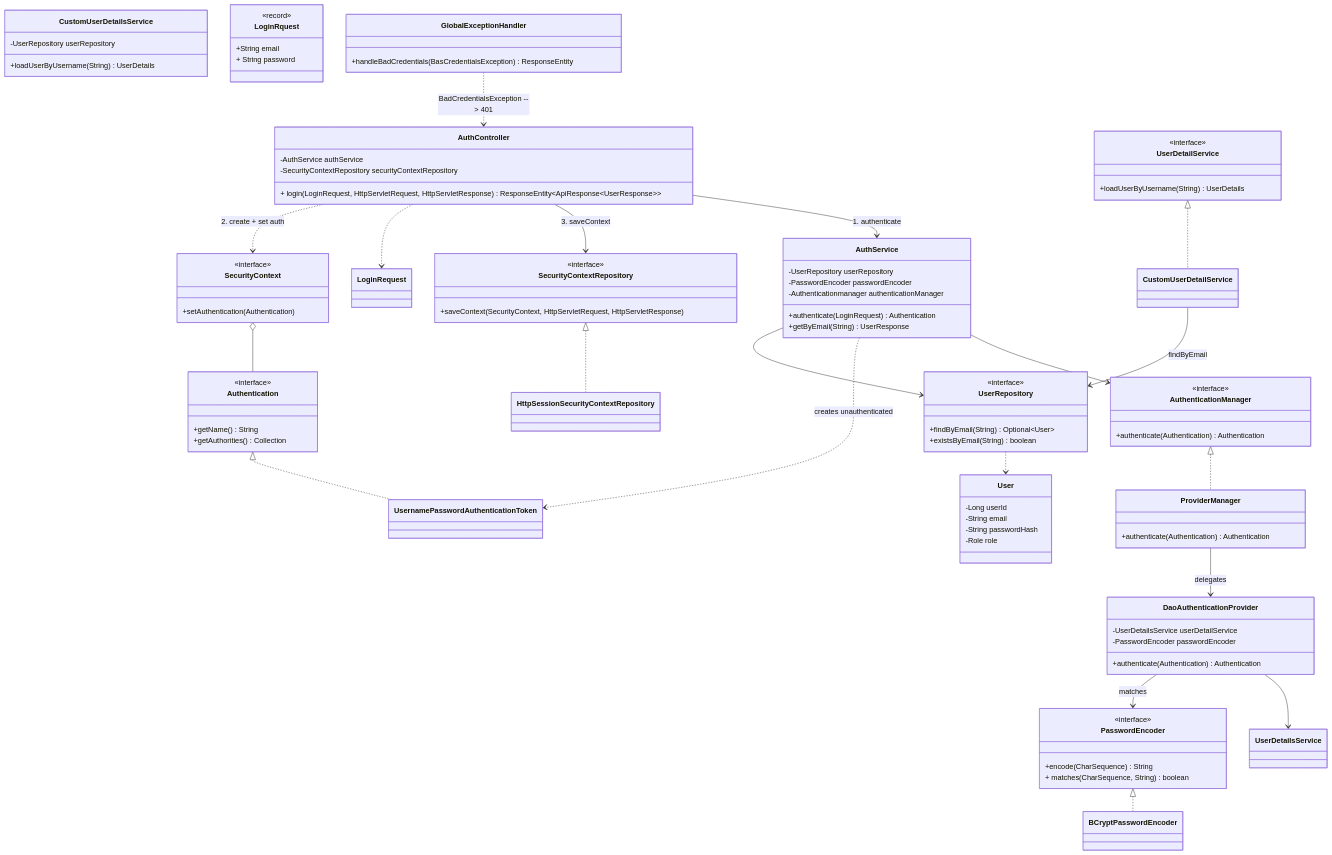
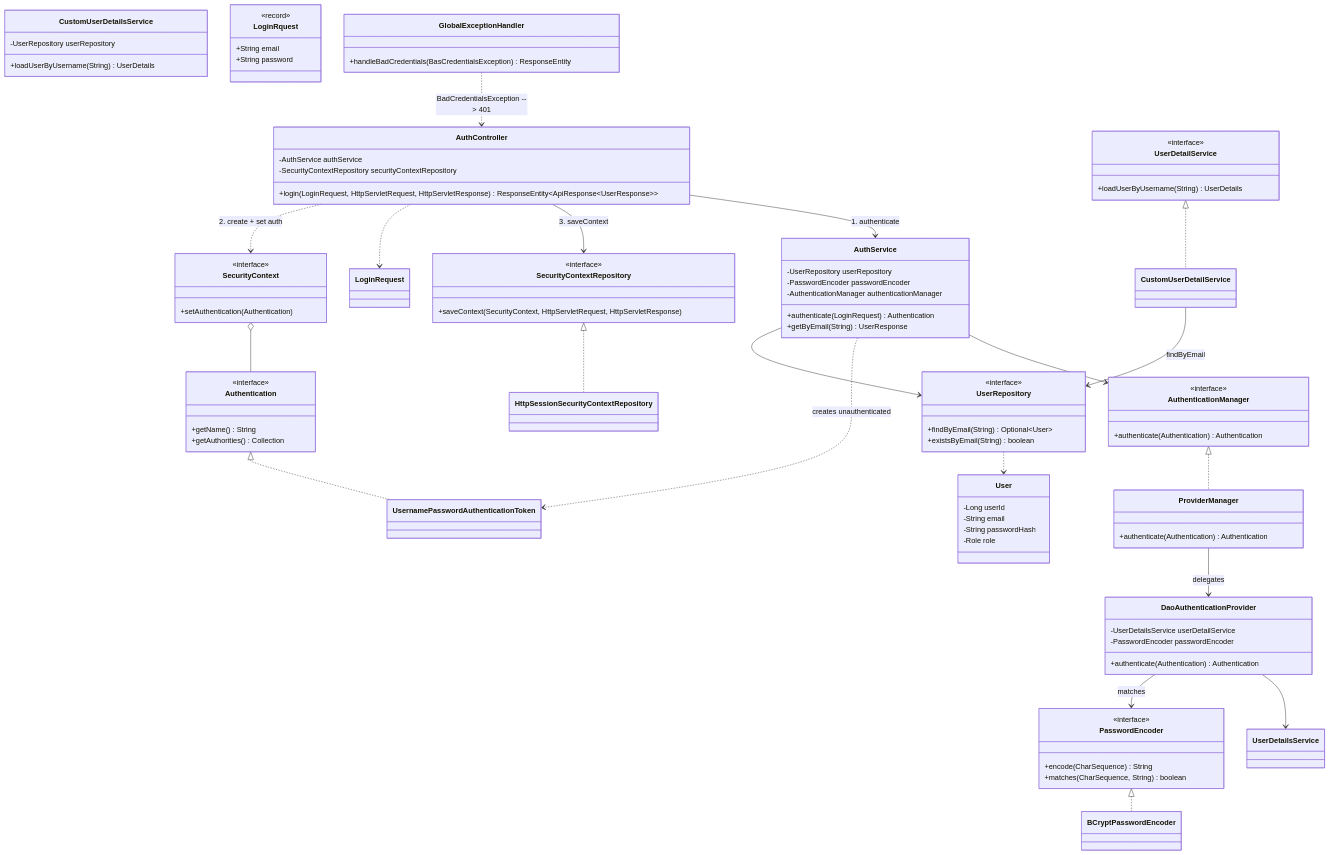
One commit to Tranhao99/authen changed the diagram in mermaid.md. Above: the diagram before and after it, drawn with Mermaid.

````diff
--- a/mermaid.md
+++ b/mermaid.md
@@ -1,118 +1,119 @@
 ```mermaid
 classDiagram
-direction TB
-class AuthController {
--AuthService authService
--SecurityContextRepository securityContextRepository
-+ login(LoginRequest, HttpServletRequest, HttpServletResponse) ResponseEntity~ApiResponse~UserResponse~~
-}
+  direction TB
 
-class AuthService {
--UserRepository userRepository
--PasswordEncoder passwordEncoder
--Authenticationmanager authenticationManager
-+authenticate(LoginRequest) Authentication
-+getByEmail(String) UserResponse
-}
-
-class AuthenticationManager {
-<<interface>>
-+authenticate(Authentication) Authentication
-}
-
-class ProviderManager {
-+authenticate(Authentication) Authentication
-}
-
-class DaoAuthenticationProvider {
--UserDetailsService userDetailService
--PasswordEncoder passwordEncoder
-+authenticate(Authentication) Authentication
-}
-
-class UserDetailService {
-<<interface>>
-+loadUserByUsername(String) UserDetails
-}
-
-class CustomUserDetailsService {
--UserRepository userRepository
-+loadUserByUsername(String) UserDetails
-}
-
-class PasswordEncoder {
-<<interface>>
-+encode(CharSequence) String
-+ matches(CharSequence, String) boolean
-}
-
-class BCryptPasswordEncoder
-
-class UserRepository {
-<<interface>>
-+findByEmail(String) Optional~User~
-+existsByEmail(String) boolean
-}
-
-class User {
--Long userId
--String email
--String passwordHash
--Role role
-}
-
-class SecurityContextRepository {
-<<interface>>
-+saveContext(SecurityContext, HttpServletRequest, HttpServletResponse)
-}
-
-class HttpSessionSecurityContextRepository
-
-class SecurityContext {
-<<interface>>
-+setAuthentication(Authentication)
-}
-
-class Authentication {
-<<interface>>
-+getName() String
-+getAuthorities() Collection
-}
-
-class UsernamePasswordAuthenticationToken
-
-class LoginRquest {
-<<record>>
-+String email
-+ String password
-}
-
-class GlobalExceptionHandler {
-+handleBadCredentials(BasCredentialsException) ResponseEntity
-}
-
-AuthController --> AuthService : 1. authenticate
-AuthController --> SecurityContextRepository : 3. saveContext
-AuthController ..> LoginRequest
-AuthController ..> SecurityContext : 2. create + set auth
-
-AuthService --> AuthenticationManager
-AuthService ..> UsernamePasswordAuthenticationToken : creates unauthenticated
-AuthService --> UserRepository
-
-AuthenticationManager <|.. ProviderManager
-ProviderManager --> DaoAuthenticationProvider : delegates
-DaoAuthenticationProvider --> UserDetailsService
-DaoAuthenticationProvider --> PasswordEncoder : matches
-
-UserDetailService <|.. CustomUserDetailService
-CustomUserDetailService --> UserRepository : findByEmail
-UserRepository ..> User
-
-PasswordEncoder <|.. BCryptPasswordEncoder
-SecurityContextRepository <|.. HttpSessionSecurityContextRepository
-Authentication <|.. UsernamePasswordAuthenticationToken
-SecurityContext o-- Authentication
-
-GlobalExceptionHandler ..> AuthController : BadCredentialsException --> 401
+  class AuthController {
+    -AuthService authService
+    -SecurityContextRepository securityContextRepository
+    +login(LoginRequest, HttpServletRequest, HttpServletResponse) ResponseEntity~ApiResponse~UserResponse~~
+  }
+  
+  class AuthService {
+    -UserRepository userRepository
+    -PasswordEncoder passwordEncoder
+    -AuthenticationManager authenticationManager
+    +authenticate(LoginRequest) Authentication
+    +getByEmail(String) UserResponse
+  }
+  
+  class AuthenticationManager {
+    <<interface>>
+    +authenticate(Authentication) Authentication
+  }
+  
+  class ProviderManager {
+    +authenticate(Authentication) Authentication
+  }
+  
+  class DaoAuthenticationProvider {
+    -UserDetailsService userDetailService
+    -PasswordEncoder passwordEncoder
+    +authenticate(Authentication) Authentication
+  }
+  
+  class UserDetailService {
+    <<interface>>
+    +loadUserByUsername(String) UserDetails
+  }
+  
+  class CustomUserDetailsService {
+    -UserRepository userRepository
+    +loadUserByUsername(String) UserDetails
+  }
+  
+  class PasswordEncoder {
+    <<interface>>
+    +encode(CharSequence) String
+    +matches(CharSequence, String) boolean
+  }
+  
+  class BCryptPasswordEncoder
+  
+  class UserRepository {
+    <<interface>>
+    +findByEmail(String) Optional~User~
+    +existsByEmail(String) boolean
+  }
+  
+  class User {
+    -Long userId
+    -String email
+    -String passwordHash
+    -Role role
+  }
+  
+  class SecurityContextRepository {
+    <<interface>>
+    +saveContext(SecurityContext, HttpServletRequest, HttpServletResponse)
+  }
+  
+  class HttpSessionSecurityContextRepository
+  
+  class SecurityContext {
+    <<interface>>
+    +setAuthentication(Authentication)
+  }
+  
+  class Authentication {
+    <<interface>>
+    +getName() String
+    +getAuthorities() Collection
+  }
+  
+  class UsernamePasswordAuthenticationToken
+  
+  class LoginRquest {
+    <<record>>
+    +String email
+    +String password
+  }
+  
+  class GlobalExceptionHandler {
+    +handleBadCredentials(BasCredentialsException) ResponseEntity
+  }
+  
+  AuthController --> AuthService : 1. authenticate
+  AuthController --> SecurityContextRepository : 3. saveContext
+  AuthController ..> LoginRequest
+  AuthController ..> SecurityContext : 2. create + set auth
+  
+  AuthService --> AuthenticationManager
+  AuthService ..> UsernamePasswordAuthenticationToken : creates unauthenticated
+  AuthService --> UserRepository
+  
+  AuthenticationManager <|.. ProviderManager
+  ProviderManager --> DaoAuthenticationProvider : delegates
+  DaoAuthenticationProvider --> UserDetailsService
+  DaoAuthenticationProvider --> PasswordEncoder : matches
+  
+  UserDetailService <|.. CustomUserDetailService
+  CustomUserDetailService --> UserRepository : findByEmail
+  UserRepository ..> User
+  
+  PasswordEncoder <|.. BCryptPasswordEncoder
+  SecurityContextRepository <|.. HttpSessionSecurityContextRepository
+  Authentication <|.. UsernamePasswordAuthenticationToken
+  SecurityContext o-- Authentication
+  
+  GlobalExceptionHandler ..> AuthController : BadCredentialsException --> 401
 ```
````
